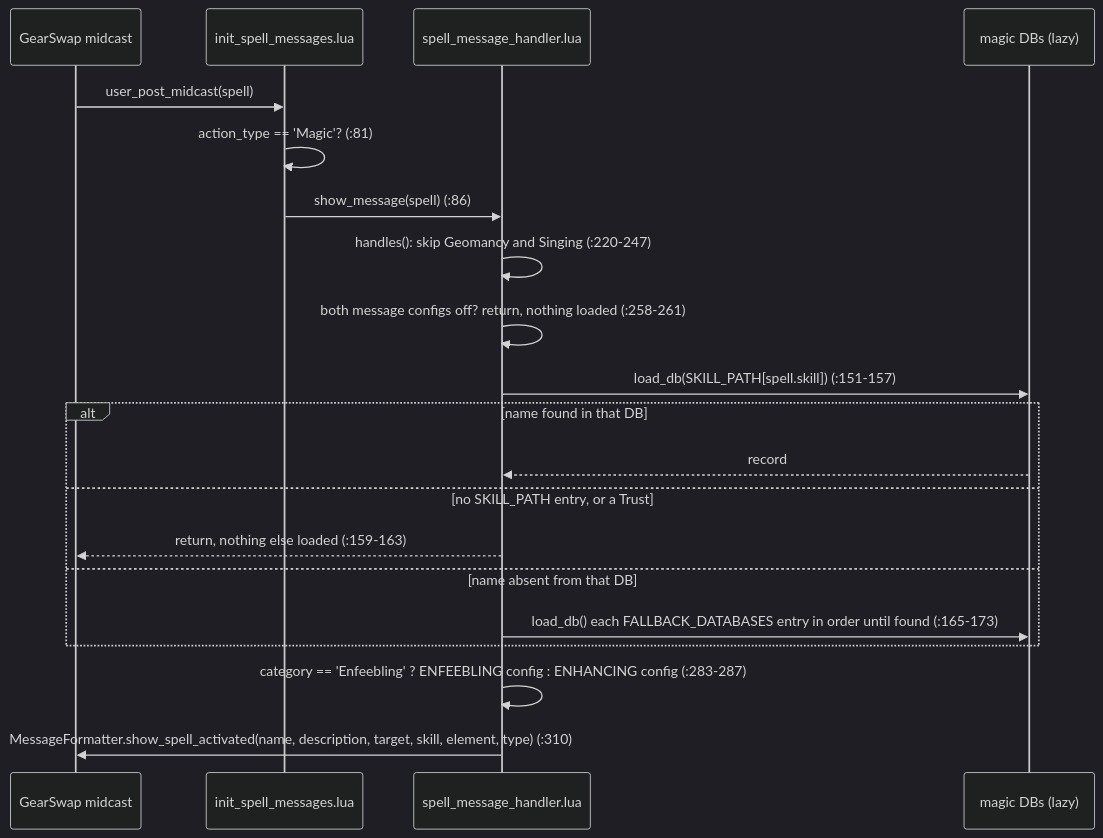
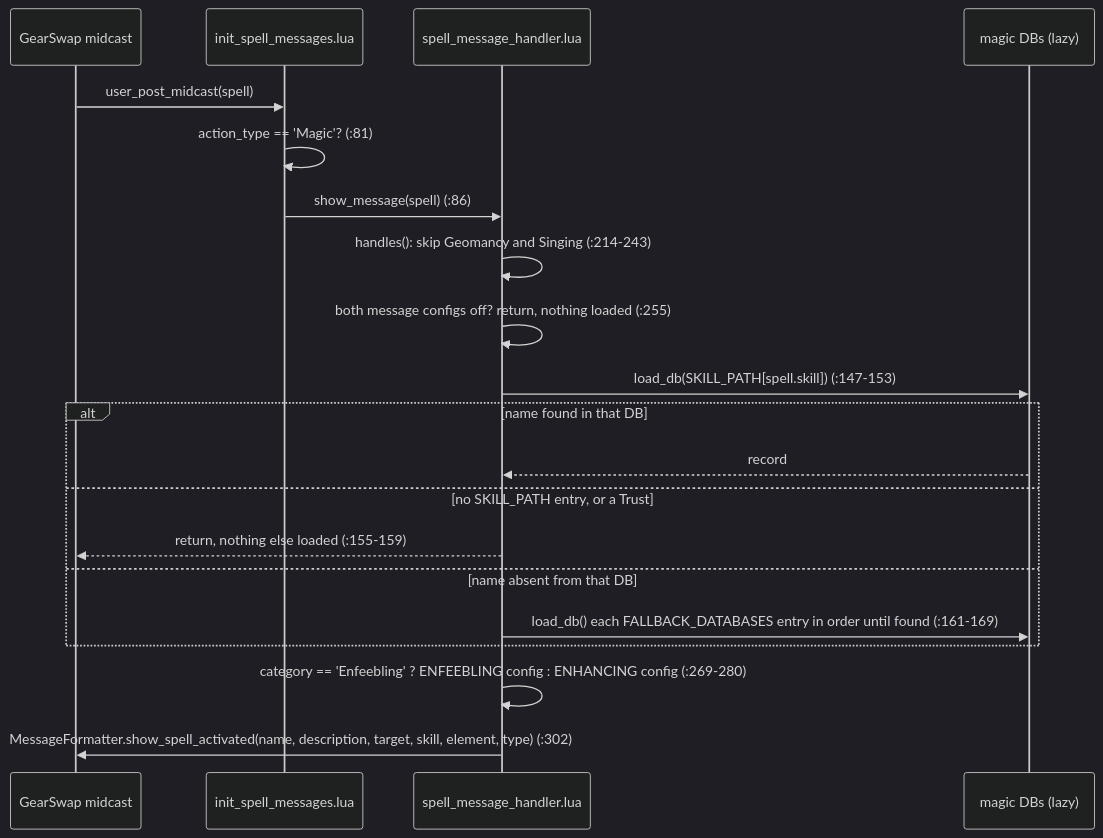
The second of 2 diagrams in docs/dev/data/spell-databases.md (ejouanchicot/Gearswap), drawn with Mermaid (dark theme) before and after one commit. The commit also changed other lines of this file and 81 other files, not shown here.

````diff
--- a/docs/dev/data/spell-databases.md
+++ b/docs/dev/data/spell-databases.md
@@ -102,22 +102,22 @@
 ```mermaid
 sequenceDiagram
     participant GS as GearSwap midcast
     participant Hook as init_spell_messages.lua
     participant H as spell_message_handler.lua
     participant DB as magic DBs (lazy)
     GS->>Hook: user_post_midcast(spell)
     Hook->>Hook: action_type == 'Magic'? (:81)
     Hook->>H: show_message(spell) (:86)
-    H->>H: handles(): skip Geomancy and Singing (:220-247)
-    H->>H: both message configs off? return, nothing loaded (:258-261)
-    H->>DB: load_db(SKILL_PATH[spell.skill]) (:151-157)
+    H->>H: handles(): skip Geomancy and Singing (:214-243)
+    H->>H: both message configs off? return, nothing loaded (:255)
+    H->>DB: load_db(SKILL_PATH[spell.skill]) (:147-153)
     alt name found in that DB
         DB-->>H: record
     else no SKILL_PATH entry, or a Trust
-        H-->>GS: return, nothing else loaded (:159-163)
+        H-->>GS: return, nothing else loaded (:155-159)
     else name absent from that DB
-        H->>DB: load_db() each FALLBACK_DATABASES entry in order until found (:165-173)
+        H->>DB: load_db() each FALLBACK_DATABASES entry in order until found (:161-169)
     end
-    H->>H: category == 'Enfeebling' ? ENFEEBLING config : ENHANCING config (:283-287)
-    H->>GS: MessageFormatter.show_spell_activated(name, description, target, skill, element, type) (:310)
+    H->>H: category == 'Enfeebling' ? ENFEEBLING config : ENHANCING config (:269-280)
+    H->>GS: MessageFormatter.show_spell_activated(name, description, target, skill, element, type) (:302)
 ```
````
